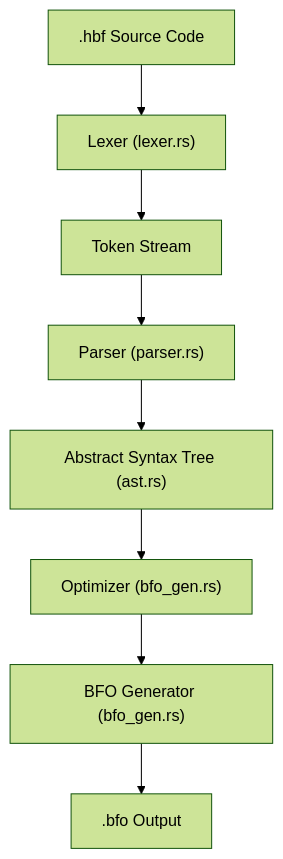
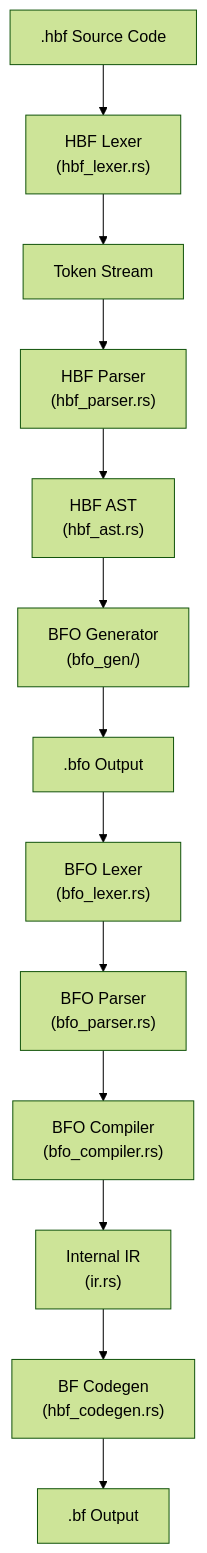
The diagram in docs/compiler_internals.md (Kunta-tech/hbf), drawn with Mermaid (forest theme) before and after one commit. The commit also changed other lines of this file and 12 other files, not shown here.

Commit message:
feat: Implement BFO code generation with a virtual variable model, constant folding, loop unrolling, and function inlining.

````diff
--- a/docs/compiler_internals.md
+++ b/docs/compiler_internals.md
@@ -9,10 +9,15 @@
 ```mermaid
 graph TD
-    Source[".hbf Source Code"] --> Lexer["Lexer (lexer.rs)"]
+    Source[".hbf Source Code"] --> Lexer["HBF Lexer<br/>(hbf_lexer.rs)"]
     Lexer --> Tokens["Token Stream"]
-    Tokens --> Parser["Parser (parser.rs)"]
-    Parser --> AST["Abstract Syntax Tree (ast.rs)"]
-    AST --> Optimizer["Optimizer (bfo_gen.rs)"]
-    Optimizer --> Gen["BFO Generator (bfo_gen.rs)"]
-    Gen --> BFO[".bfo Output"]
+    Tokens --> Parser["HBF Parser<br/>(hbf_parser.rs)"]
+    Parser --> AST["HBF AST<br/>(hbf_ast.rs)"]
+    AST --> BFOGen["BFO Generator<br/>(bfo_gen/)"]
+    BFOGen --> BFO[".bfo Output"]
+    BFO --> BFOLexer["BFO Lexer<br/>(bfo_lexer.rs)"]
+    BFOLexer --> BFOParser["BFO Parser<br/>(bfo_parser.rs)"]
+    BFOParser --> BFOComp["BFO Compiler<br/>(bfo_compiler.rs)"]
+    BFOComp --> IR["Internal IR<br/>(ir.rs)"]
+    IR --> Codegen["BF Codegen<br/>(hbf_codegen.rs)"]
+    Codegen --> BF[".bf Output"]
 ```
````
